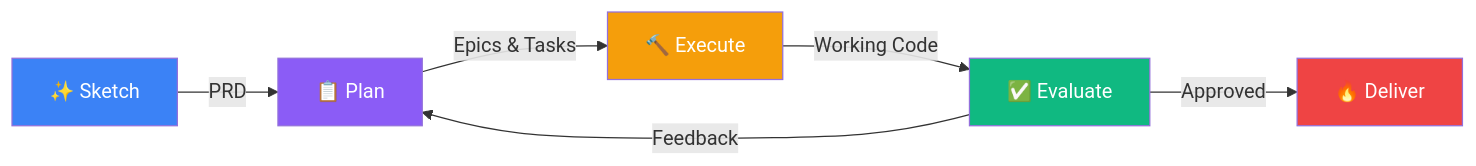
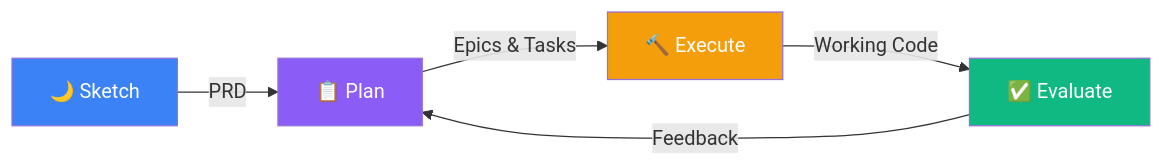
One commit to toddmedema/OpenSprint.dev changed the diagram in README.md. Above: the diagram before and after it, drawn with Mermaid. The commit also changed other lines of this file and 24 other files, not shown here.

````diff
--- a/README.md
+++ b/README.md
@@ -56,14 +54,12 @@
 ```mermaid
 flowchart LR
-    A["✨ Sketch"] -->|PRD| B["📋 Plan"]
+    A["🌙 Sketch"] -->|PRD| B["📋 Plan"]
     B -->|Epics & Tasks| C["🔨 Execute"]
     C -->|Working Code| D["✅ Evaluate"]
     D -->|Feedback| B
-    D -->|Approved| E["🔥 Deliver"]
 
     style A fill:#3B82F6,color:#fff
     style B fill:#8B5CF6,color:#fff
     style C fill:#F59E0B,color:#fff
     style D fill:#10B981,color:#fff
-    style E fill:#EF4444,color:#fff
 ```
````
